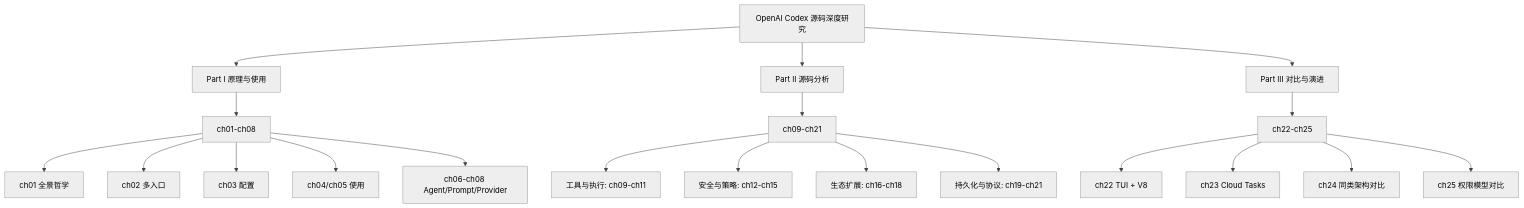
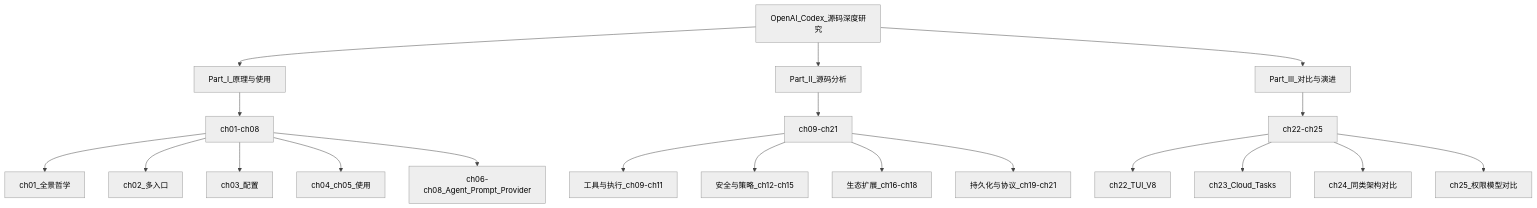
The third of 6 diagrams in 总纲-Codex技术主线分析.md (GLBB/codex-source-analysis), drawn with Mermaid before and after one commit. The commit also changed other lines of this file and 12 other files, not shown here.

````diff
--- a/总纲-Codex技术主线分析.md
+++ b/总纲-Codex技术主线分析.md
@@ -342,27 +367,27 @@
 ```mermaid
-%%{init: {"theme": "neutral", "themeVariables": {"background": "#ffffff","primaryColor": "#f5f5f5","primaryTextColor": "#000000","primaryBorderColor": "#333333","lineColor": "#444444","secondaryColor": "#f8f8f8","tertiaryColor": "#ffffff","clusterBkg": "#fafafa","clusterBorder": "#888888","edgeLabelBackground": "#ffffff","fontFamily": "Helvetica"}, "themeCSS": "svg { background: #ffffff !important; } .label, .nodeLabel, .edgeLabel, text { fill: #000000 !important; color: #000000 !important; }"}}%%
+%%{init:{'theme':'neutral','themeVariables':{'background':'#ffffff','primaryColor':'#f5f5f5','primaryTextColor':'#000000','primaryBorderColor':'#333333','lineColor':'#444444','secondaryColor':'#f8f8f8','tertiaryColor':'#ffffff','clusterBkg':'#fafafa','clusterBorder':'#888888','edgeLabelBackground':'#ffffff','fontFamily':'Helvetica'}}}%%
 flowchart TB
-  ROOT[OpenAI Codex 源码深度研究]
-  ROOT --> P1[Part I 原理与使用]
-  ROOT --> P2[Part II 源码分析]
-  ROOT --> P3[Part III 对比与演进]
+  ROOT[OpenAI_Codex_源码深度研究]
+  ROOT --> P1[Part_I_原理与使用]
+  ROOT --> P2[Part_II_源码分析]
+  ROOT --> P3[Part_III_对比与演进]
 
   P1 --> C1[ch01-ch08]
-  C1 --> C1A[ch01 全景哲学]
-  C1 --> C1B[ch02 多入口]
-  C1 --> C1C[ch03 配置]
-  C1 --> C1D[ch04/ch05 使用]
-  C1 --> C1E[ch06-ch08 Agent/Prompt/Provider]
+  C1 --> C1A[ch01_全景哲学]
+  C1 --> C1B[ch02_多入口]
+  C1 --> C1C[ch03_配置]
+  C1 --> C1D[ch04_ch05_使用]
+  C1 --> C1E[ch06-ch08_Agent_Prompt_Provider]
 
   P2 --> C2[ch09-ch21]
-  C2 --> C2A[工具与执行: ch09-ch11]
-  C2 --> C2B[安全与策略: ch12-ch15]
-  C2 --> C2C[生态扩展: ch16-ch18]
-  C2 --> C2D[持久化与协议: ch19-ch21]
+  C2 --> C2A[工具与执行_ch09-ch11]
+  C2 --> C2B[安全与策略_ch12-ch15]
+  C2 --> C2C[生态扩展_ch16-ch18]
+  C2 --> C2D[持久化与协议_ch19-ch21]
 
   P3 --> C3[ch22-ch25]
-  C3 --> C3A[ch22 TUI + V8]
-  C3 --> C3B[ch23 Cloud Tasks]
-  C3 --> C3C[ch24 同类架构对比]
-  C3 --> C3D[ch25 权限模型对比]
+  C3 --> C3A[ch22_TUI_V8]
+  C3 --> C3B[ch23_Cloud_Tasks]
+  C3 --> C3C[ch24_同类架构对比]
+  C3 --> C3D[ch25_权限模型对比]
 ```
````
